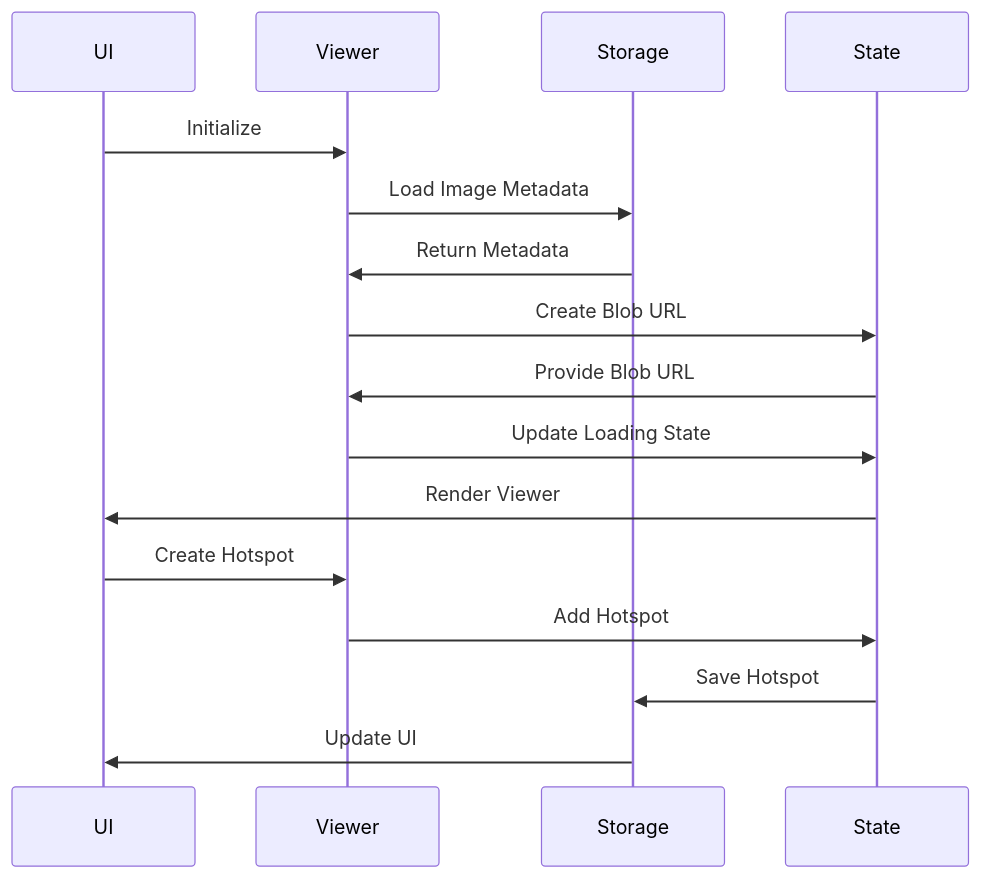
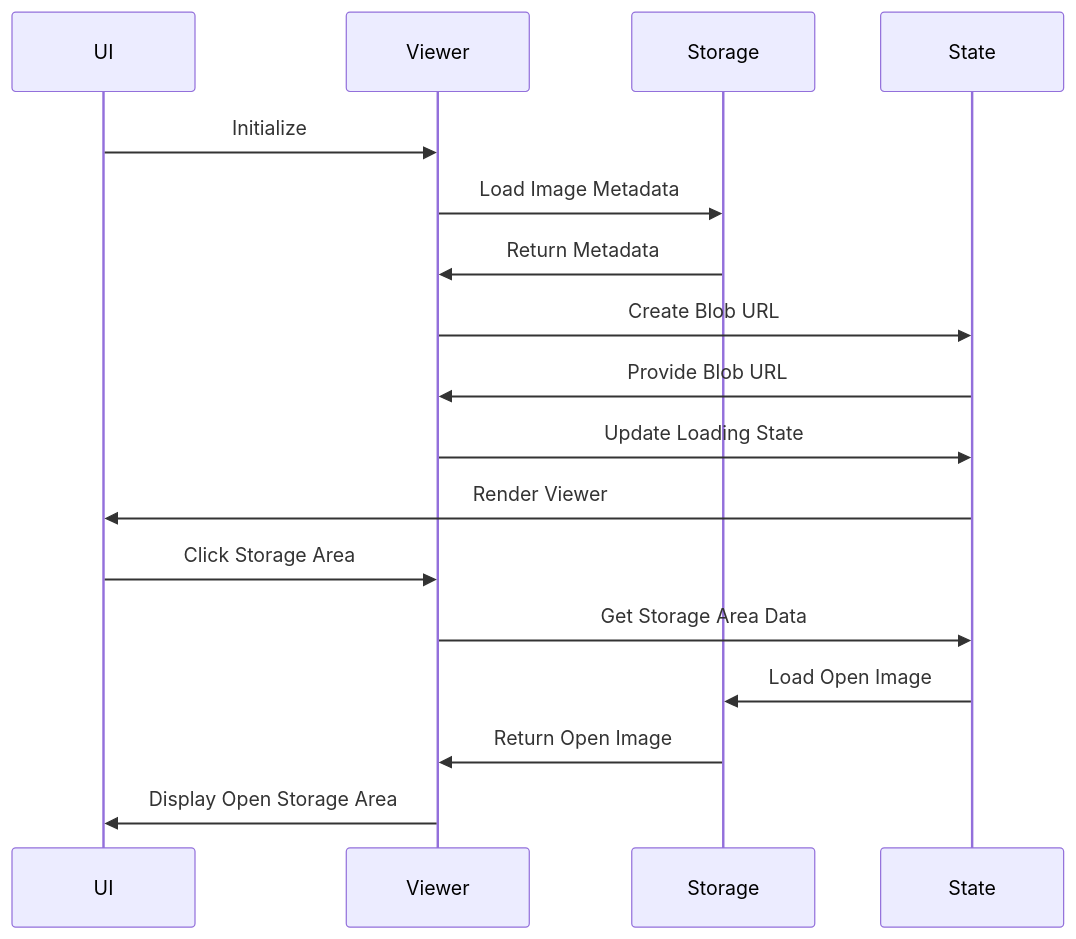
One commit to straiforos/kitchen-360 changed the fourth of 14 diagrams in docs/phases/PHASE_1_LOCAL_STORAGE.md. Above: the diagram before and after it, drawn with Mermaid. The commit also changed other lines of this file, not shown here.

First line of the commit message:
Refactor documentation and code structure for Storage Area management

````diff
--- a/docs/phases/PHASE_1_LOCAL_STORAGE.md
+++ b/docs/phases/PHASE_1_LOCAL_STORAGE.md
@@ -118,20 +127,21 @@
 ```mermaid
 sequenceDiagram
     participant UI
     participant Viewer
     participant Storage
     participant State
     
     UI->>Viewer: Initialize
     Viewer->>Storage: Load Image Metadata
     Storage->>Viewer: Return Metadata
     Viewer->>State: Create Blob URL
     State->>Viewer: Provide Blob URL
     Viewer->>State: Update Loading State
     State->>UI: Render Viewer
     
-    UI->>Viewer: Create Hotspot
-    Viewer->>State: Add Hotspot
-    State->>Storage: Save Hotspot
-    Storage->>UI: Update UI
+    UI->>Viewer: Click Storage Area
+    Viewer->>State: Get Storage Area Data
+    State->>Storage: Load Open Image
+    Storage->>Viewer: Return Open Image
+    Viewer->>UI: Display Open Storage Area
 ```
````
